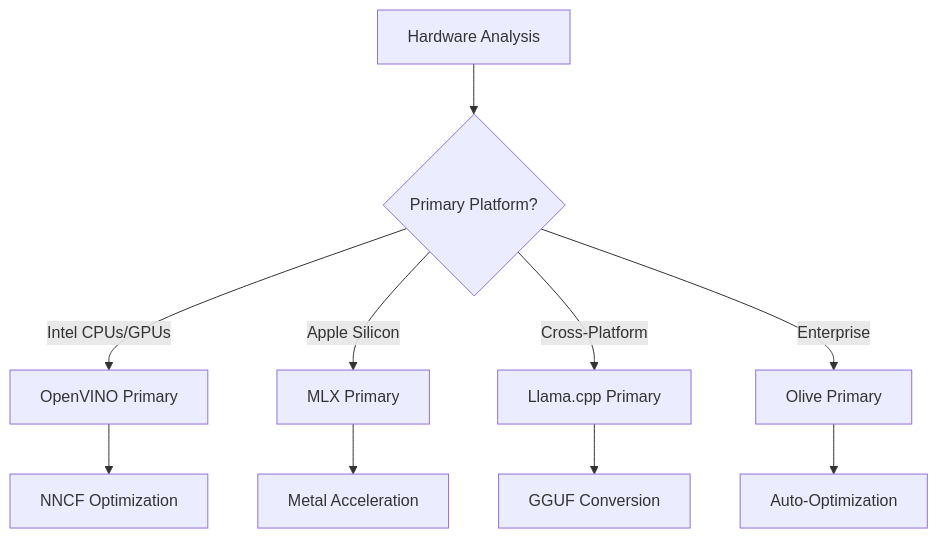
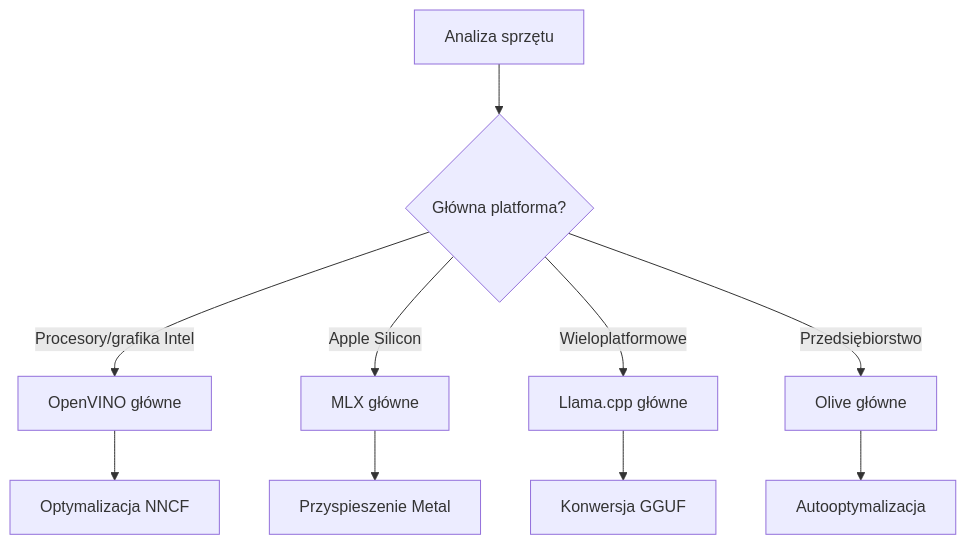
The first of 3 diagrams in translations/pl/Module04/06.workflow-synthesis.md (microsoft/edgeai-for-beginners), drawn with Mermaid before and after one commit. The commit also changed other lines of this file and 28 other files, not shown here.

````diff
--- a/translations/pl/Module04/06.workflow-synthesis.md
+++ b/translations/pl/Module04/06.workflow-synthesis.md
@@ -59,13 +59,13 @@
 ```mermaid
 graph TD
-    A[Hardware Analysis] --> B{Primary Platform?}
-    B -->|Intel CPUs/GPUs| C[OpenVINO Primary]
-    B -->|Apple Silicon| D[MLX Primary]
-    B -->|Cross-Platform| E[Llama.cpp Primary]
-    B -->|Enterprise| F[Olive Primary]
+    A[Analiza sprzętu] --> B{Główna platforma?}
+    B -->|Procesory/grafika Intel| C[OpenVINO główne]
+    B -->|Apple Silicon| D[MLX główne]
+    B -->|Wieloplatformowe| E[Llama.cpp główne]
+    B -->|Przedsiębiorstwo| F[Olive główne]
     
-    C --> G[NNCF Optimization]
-    D --> H[Metal Acceleration]
-    E --> I[GGUF Conversion]
-    F --> J[Auto-Optimization]
+    C --> G[Optymalizacja NNCF]
+    D --> H[Przyspieszenie Metal]
+    E --> I[Konwersja GGUF]
+    F --> J[Autooptymalizacja]
 ```
````
